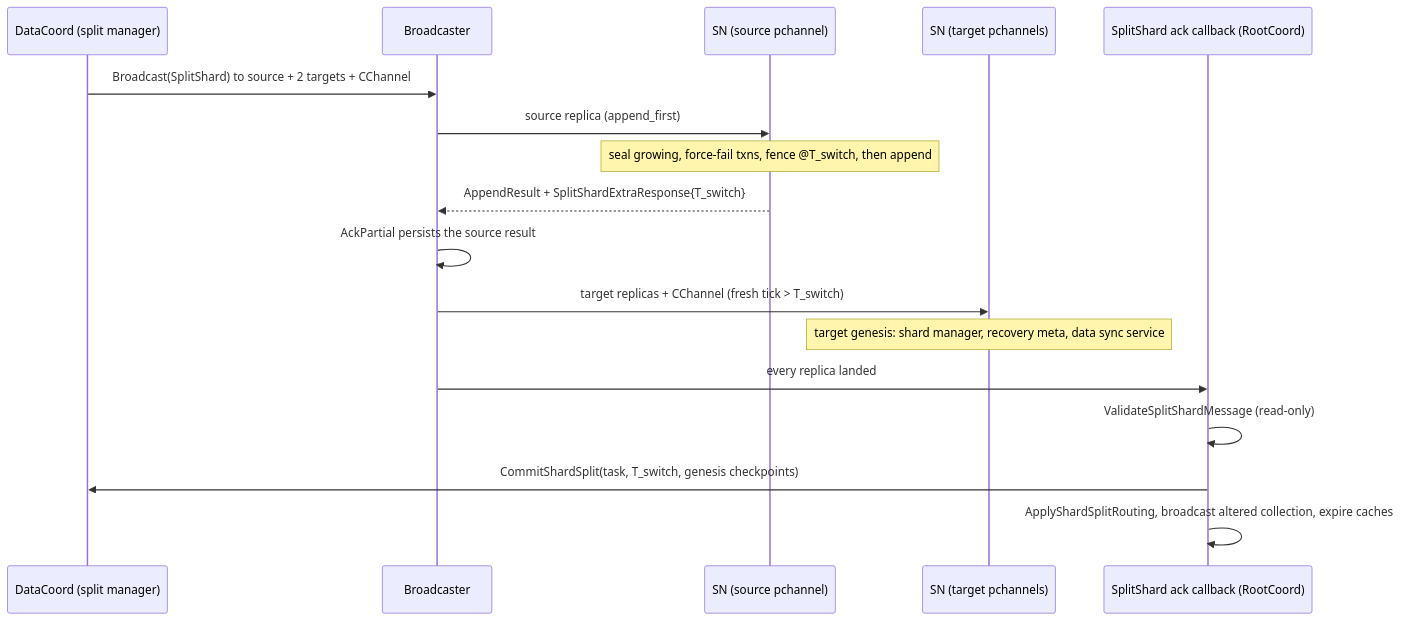
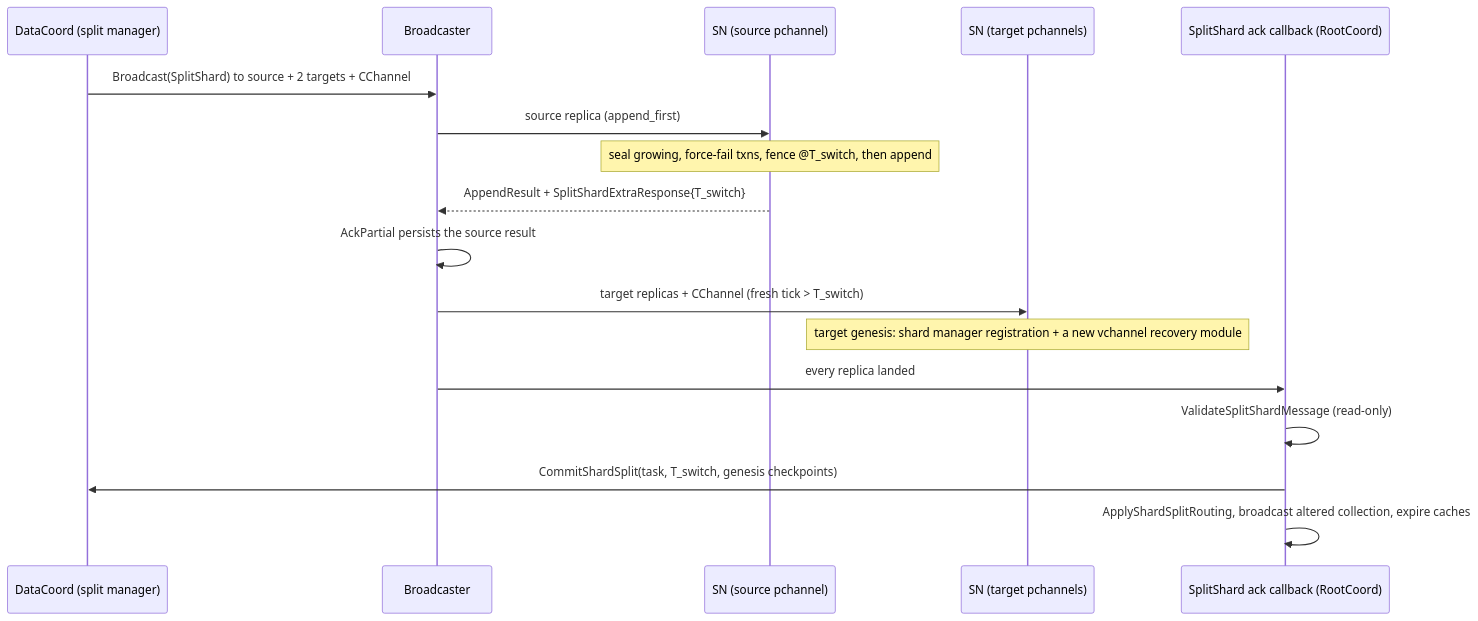
The second of 4 diagrams in docs/design-docs/design_docs/20260610-shard_split.md (milvus-io/milvus), drawn with Mermaid before and after one commit. The commit also changed other lines of this file, not shown here.

````diff
--- a/docs/design-docs/design_docs/20260610-shard_split.md
+++ b/docs/design-docs/design_docs/20260610-shard_split.md
@@ -913,19 +998,19 @@
 ```mermaid
 sequenceDiagram
     participant DC as DataCoord (split manager)
     participant BC as Broadcaster
     participant SN0 as SN (source pchannel)
     participant SNT as SN (target pchannels)
     participant CB as SplitShard ack callback (RootCoord)
     DC->>BC: Broadcast(SplitShard) to source + 2 targets + CChannel
     BC->>SN0: source replica (append_first)
     Note over SN0: seal growing, force-fail txns, fence @T_switch, then append
     SN0-->>BC: AppendResult + SplitShardExtraResponse{T_switch}
     BC->>BC: AckPartial persists the source result
     BC->>SNT: target replicas + CChannel (fresh tick > T_switch)
-    Note over SNT: target genesis: shard manager, recovery meta, data sync service
+    Note over SNT: target genesis: shard manager registration + a new vchannel recovery module
     BC->>CB: every replica landed
     CB->>CB: ValidateSplitShardMessage (read-only)
     CB->>DC: CommitShardSplit(task, T_switch, genesis checkpoints)
     CB->>CB: ApplyShardSplitRouting, broadcast altered collection, expire caches
 ```
````
